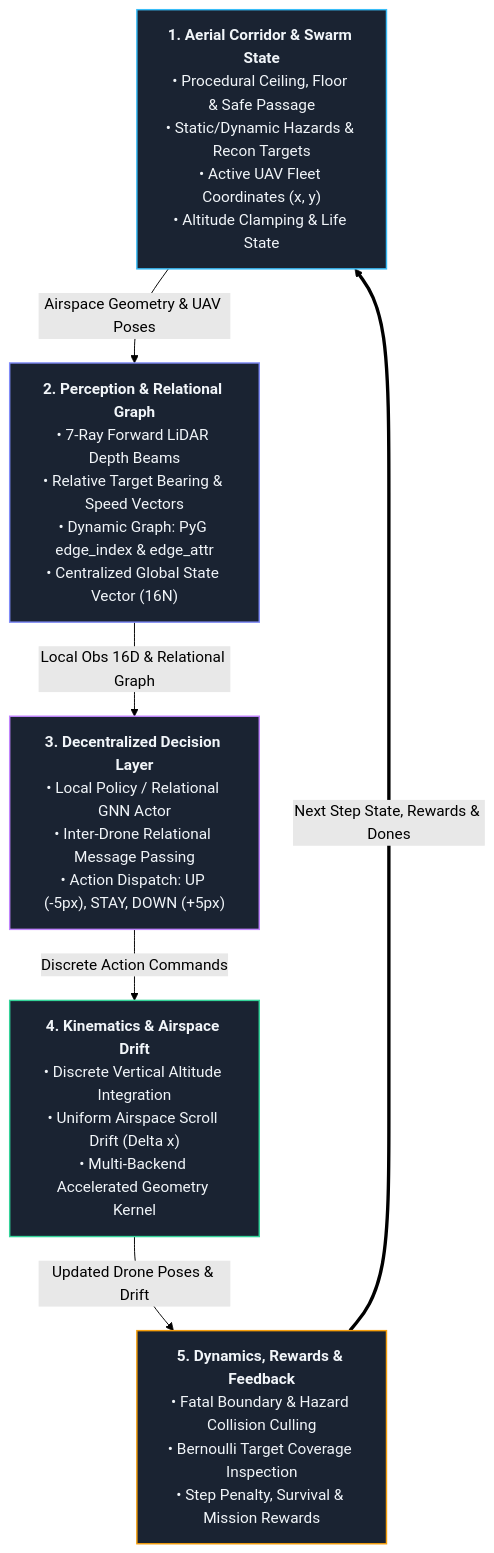
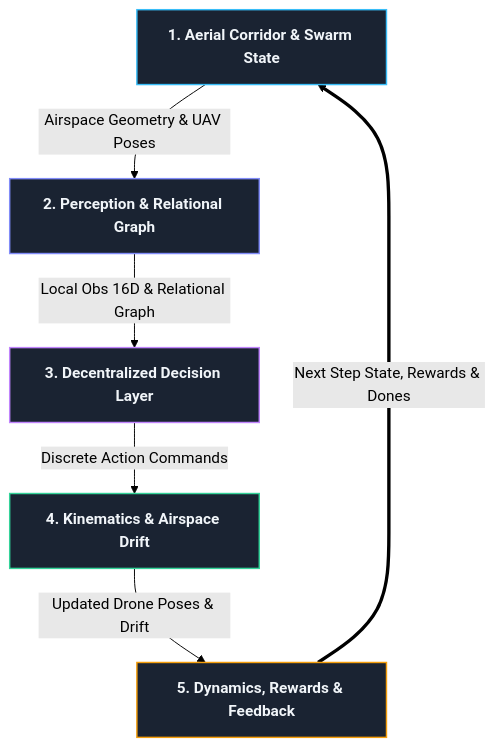
The diagram in docs/index.md (HamBa-m/scrollswarm), drawn with Mermaid (forest theme) before and after one commit.

Commit message:
docs: simplify Core Architecture diagram labels to concise titles

````diff
--- a/docs/index.md
+++ b/docs/index.md
@@ -35,30 +35,30 @@
 ```mermaid
 flowchart TD
-    ENV["<b>1. Aerial Corridor & Swarm State</b><br/>• Procedural Ceiling, Floor & Safe Passage<br/>• Static/Dynamic Hazards & Recon Targets<br/>• Active UAV Fleet Coordinates (x, y)<br/>• Altitude Clamping & Life State"]
+    ENV["<b>1. Aerial Corridor & Swarm State</b>"]
 
-    PERCEPTION["<b>2. Perception & Relational Graph</b><br/>• 7-Ray Forward LiDAR Depth Beams<br/>• Relative Target Bearing & Speed Vectors<br/>• Dynamic Graph: PyG edge_index & edge_attr<br/>• Centralized Global State Vector (16N)"]
+    PERCEPTION["<b>2. Perception & Relational Graph</b>"]
 
-    POLICY["<b>3. Decentralized Decision Layer</b><br/>• Local Policy / Relational GNN Actor<br/>• Inter-Drone Relational Message Passing<br/>• Action Dispatch: UP (-5px), STAY, DOWN (+5px)"]
+    POLICY["<b>3. Decentralized Decision Layer</b>"]
 
-    KINEMATICS["<b>4. Kinematics & Airspace Drift</b><br/>• Discrete Vertical Altitude Integration<br/>• Uniform Airspace Scroll Drift (Delta x)<br/>• Multi-Backend Accelerated Geometry Kernel"]
+    KINEMATICS["<b>4. Kinematics & Airspace Drift</b>"]
 
-    FEEDBACK["<b>5. Dynamics, Rewards & Feedback</b><br/>• Fatal Boundary & Hazard Collision Culling<br/>• Bernoulli Target Coverage Inspection<br/>• Step Penalty, Survival & Mission Rewards"]
+    FEEDBACK["<b>5. Dynamics, Rewards & Feedback</b>"]
 
     ENV -->|Airspace Geometry & UAV Poses| PERCEPTION
     PERCEPTION -->|Local Obs 16D & Relational Graph| POLICY
     POLICY -->|Discrete Action Commands| KINEMATICS
     KINEMATICS -->|Updated Drone Poses & Drift| FEEDBACK
     FEEDBACK ==>|Next Step State, Rewards & Dones| ENV
 
     classDef stage1 fill:#1a2332,stroke:#38bdf8,stroke-width:1.5px,color:#f1f5f9;
     classDef stage2 fill:#1a2332,stroke:#818cf8,stroke-width:1.5px,color:#f1f5f9;
     classDef stage3 fill:#1a2332,stroke:#c084fc,stroke-width:1.5px,color:#f1f5f9;
     classDef stage4 fill:#1a2332,stroke:#34d399,stroke-width:1.5px,color:#f1f5f9;
     classDef stage5 fill:#1a2332,stroke:#f59e0b,stroke-width:1.5px,color:#f1f5f9;
 
     class ENV stage1;
     class PERCEPTION stage2;
     class POLICY stage3;
     class KINEMATICS stage4;
     class FEEDBACK stage5;
 ```
````
